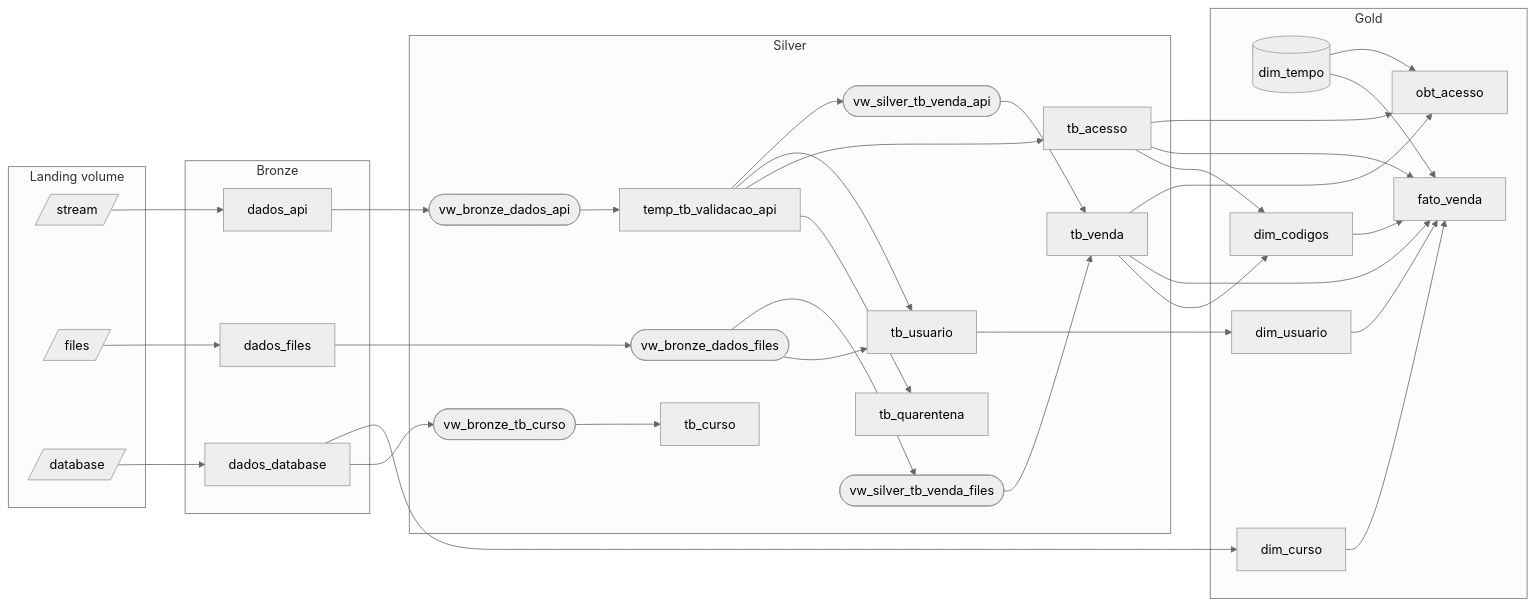
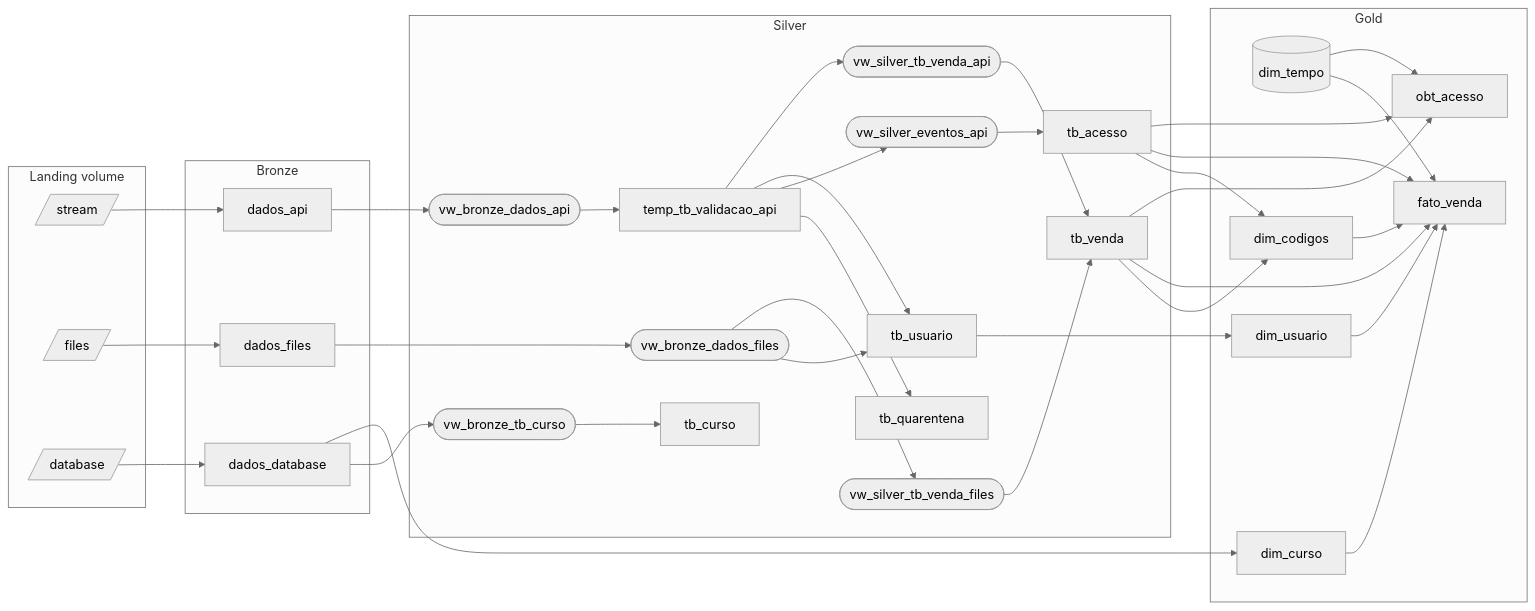
Before and after one commit to ajluz/lakeflow_claude_code-dbks-iatool: the diagram in doc/architecture.md, drawn with Mermaid (neutral theme). The commit also changed other lines of this file and 5 other files, not shown here.

````diff
--- a/doc/architecture.md
+++ b/doc/architecture.md
@@ -35,66 +35,67 @@
 ```mermaid
 flowchart LR
     subgraph landing[Landing volume]
         L1[/stream/]
         L2[/files/]
         L3[/database/]
     end
 
     subgraph bronze[Bronze]
         B1[dados_api]
         B2[dados_files]
         B3[dados_database]
     end
 
     subgraph silver[Silver]
         V1([vw_bronze_dados_api])
+        V6([vw_silver_eventos_api])
         V2([vw_bronze_dados_files])
         T1[temp_tb_validacao_api]
         S1[tb_quarentena]
         S2[tb_acesso]
         S3[tb_usuario]
         V3([vw_silver_tb_venda_api])
         V4([vw_silver_tb_venda_files])
         S4[tb_venda]
         V5([vw_bronze_tb_curso])
         S5[tb_curso]
     end
 
     subgraph gold[Gold]
         G0[(dim_tempo)]
         G1[dim_usuario]
         G2[dim_curso]
         G3[dim_codigos]
         G4[fato_venda]
         G5[obt_acesso]
     end
 
     L1 --> B1 --> V1 --> T1
     L2 --> B2 --> V2
     L3 --> B3 --> V5 --> S5
 
     T1 --> S1
-    T1 --> S2
+    T1 --> V6 --> S2
     T1 --> S3
     T1 --> V3
     V2 --> S3
     V2 --> V4
     V3 --> S4
     V4 --> S4
 
     S3 --> G1
     B3 --> G2
     S4 --> G3
     S2 --> G3
 
     S4 --> G4
     S2 --> G4
     G0 --> G4
     G1 --> G4
     G2 --> G4
     G3 --> G4
 
     S2 --> G5
     S4 --> G5
     G0 --> G5
 ```
````
